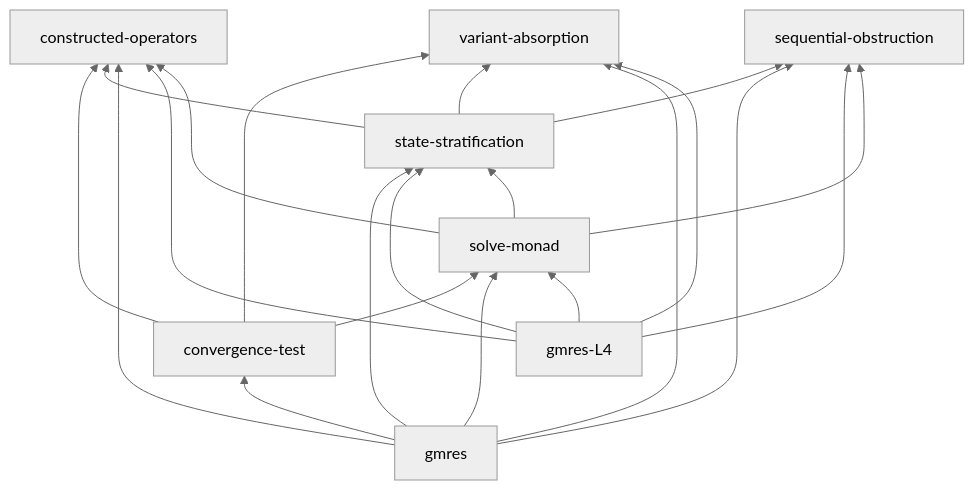
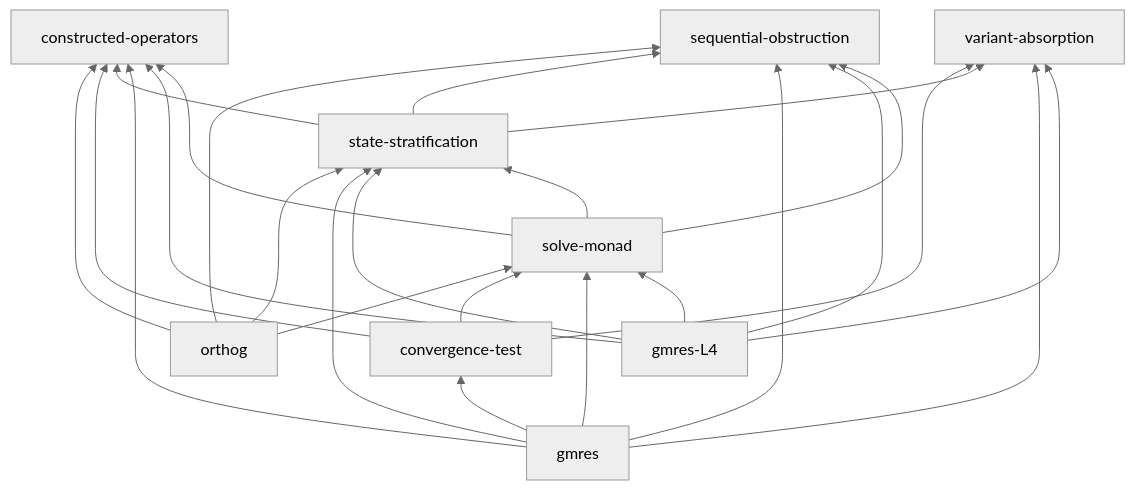
The fifth of 5 diagrams in book/src/concepts/dependency-map.md (crutcher/palace_whiteroom), drawn with Mermaid (neutral theme) before and after one commit. The commit also changed 5 other files, not shown here.

````diff
--- a/book/src/concepts/dependency-map.md
+++ b/book/src/concepts/dependency-map.md
@@ -142,23 +142,27 @@
 ```mermaid
 graph BT
   solve-monad --> state-stratification
   solve-monad --> constructed-operators
   solve-monad --> sequential-obstruction
   gmres-L4 --> state-stratification
   gmres-L4 --> solve-monad
   gmres-L4 --> constructed-operators
   gmres-L4 --> variant-absorption
   gmres-L4 --> sequential-obstruction
   gmres --> state-stratification
   gmres --> solve-monad
   gmres --> constructed-operators
   gmres --> variant-absorption
   gmres --> sequential-obstruction
   state-stratification --> constructed-operators
   state-stratification --> variant-absorption
   state-stratification --> sequential-obstruction
   convergence-test --> constructed-operators
   convergence-test --> variant-absorption
   convergence-test --> solve-monad
   gmres --> convergence-test
+  orthog --> state-stratification
+  orthog --> solve-monad
+  orthog --> constructed-operators
+  orthog --> sequential-obstruction
 ```
````
